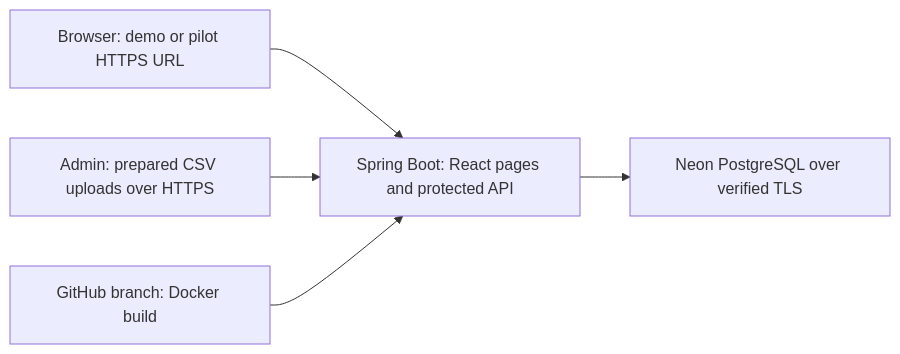
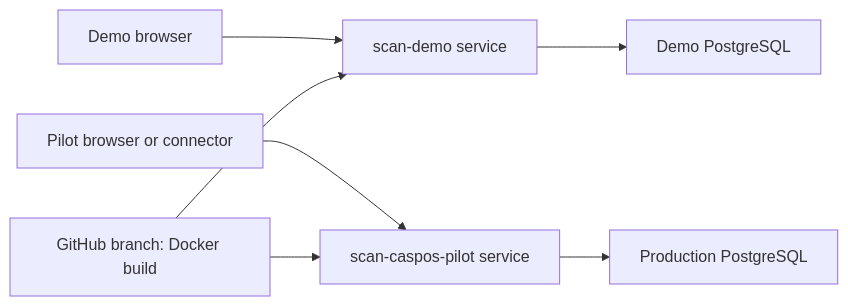
Before and after one commit to HuseynBlv/SCAN: the diagram in docs/free-demo-deployment.md, drawn with Mermaid. The commit also changed other lines of this file and 92 other files, not shown here.

````diff
--- a/docs/free-demo-deployment.md
+++ b/docs/free-demo-deployment.md
@@ -16,7 +12,9 @@
 ```mermaid
 flowchart LR
-    A["Browser: demo or pilot HTTPS URL"] --> B["Spring Boot: React pages and protected API"]
-    C["Admin: prepared CSV uploads over HTTPS"] --> B
-    B --> D["Neon PostgreSQL over verified TLS"]
-    E["GitHub branch: Docker build"] --> B
+    A["Demo browser"] --> B["scan-demo service"]
+    C["Pilot browser or connector"] --> D["scan-caspos-pilot service"]
+    B --> E["Demo PostgreSQL"]
+    D --> F["Production PostgreSQL"]
+    G["GitHub branch: Docker build"] --> B
+    G --> D
 ```
````
